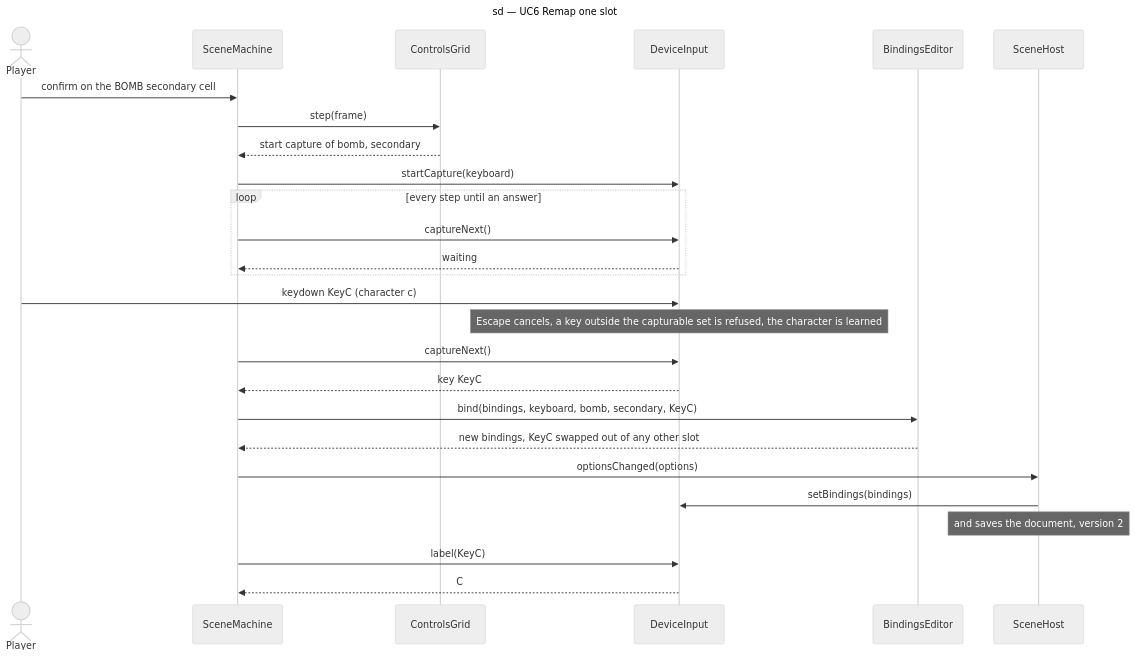
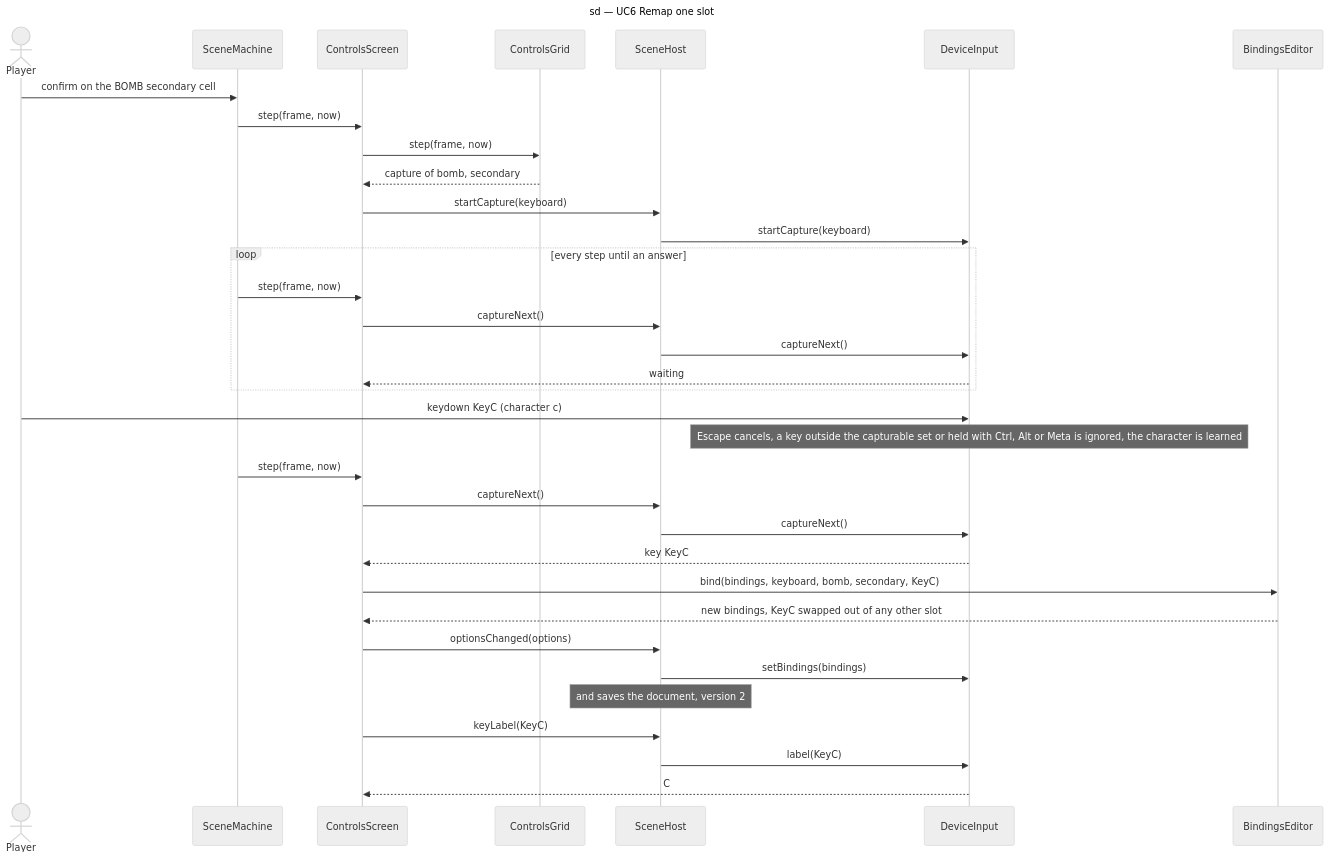
One commit to benoit-bremaud/retro-shmup changed the diagram in docs/architecture/diagrams/meta/02-sequence-remap-capture.md. Above: the diagram before and after it, drawn with Mermaid (neutral theme). The commit also changed other lines of this file and 20 other files, not shown here.

````diff
--- a/docs/architecture/diagrams/meta/02-sequence-remap-capture.md
+++ b/docs/architecture/diagrams/meta/02-sequence-remap-capture.md
@@ -18,29 +21,37 @@
 ```mermaid
 sequenceDiagram
   title sd — UC6 Remap one slot
   actor Player
   participant Scenes as SceneMachine
+  participant Screen as ControlsScreen
   participant Grid as ControlsGrid
+  participant Host as SceneHost
   participant Input as DeviceInput
   participant Editor as BindingsEditor
-  participant Host as SceneHost
   Player->>Scenes: confirm on the BOMB secondary cell
-  Scenes->>Grid: step(frame)
-  Grid-->>Scenes: start capture of bomb, secondary
-  Scenes->>Input: startCapture(keyboard)
+  Scenes->>Screen: step(frame, now)
+  Screen->>Grid: step(frame, now)
+  Grid-->>Screen: capture of bomb, secondary
+  Screen->>Host: startCapture(keyboard)
+  Host->>Input: startCapture(keyboard)
   loop every step until an answer
-    Scenes->>Input: captureNext()
-    Input-->>Scenes: waiting
+    Scenes->>Screen: step(frame, now)
+    Screen->>Host: captureNext()
+    Host->>Input: captureNext()
+    Input-->>Screen: waiting
   end
   Player->>Input: keydown KeyC (character c)
-  Note over Input: Escape cancels, a key outside the capturable set is refused, the character is learned
-  Scenes->>Input: captureNext()
-  Input-->>Scenes: key KeyC
-  Scenes->>Editor: bind(bindings, keyboard, bomb, secondary, KeyC)
-  Editor-->>Scenes: new bindings, KeyC swapped out of any other slot
-  Scenes->>Host: optionsChanged(options)
+  Note over Input: Escape cancels, a key outside the capturable set or held with Ctrl, Alt or Meta is ignored, the character is learned
+  Scenes->>Screen: step(frame, now)
+  Screen->>Host: captureNext()
+  Host->>Input: captureNext()
+  Input-->>Screen: key KeyC
+  Screen->>Editor: bind(bindings, keyboard, bomb, secondary, KeyC)
+  Editor-->>Screen: new bindings, KeyC swapped out of any other slot
+  Screen->>Host: optionsChanged(options)
   Host->>Input: setBindings(bindings)
   Note over Host: and saves the document, version 2
-  Scenes->>Input: label(KeyC)
-  Input-->>Scenes: C
+  Screen->>Host: keyLabel(KeyC)
+  Host->>Input: label(KeyC)
+  Input-->>Screen: C
 ```
````
